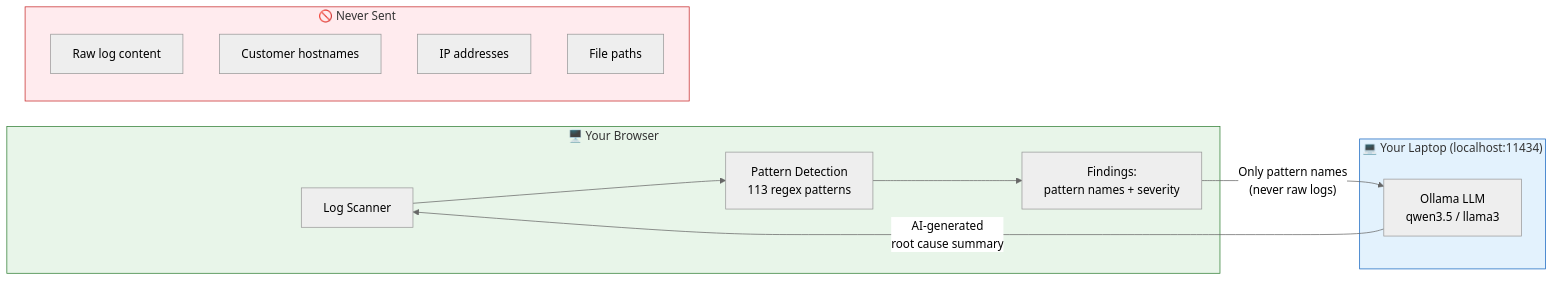
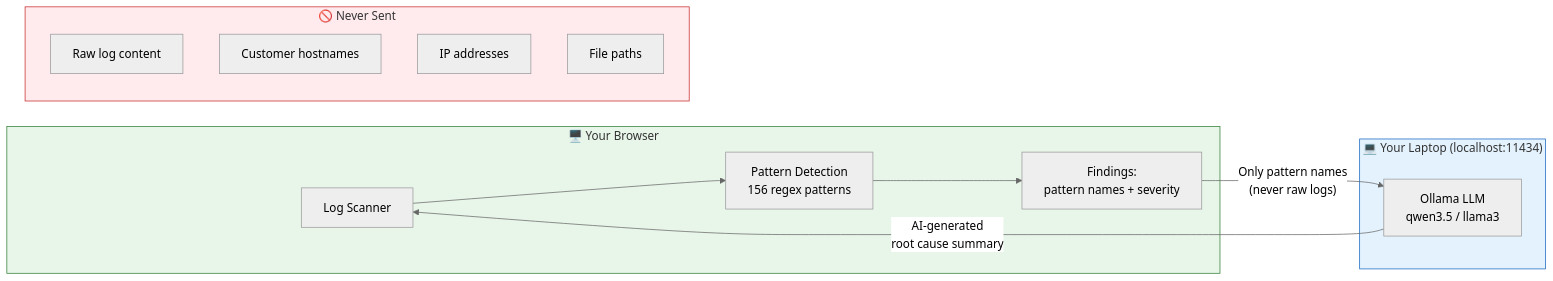
The sixth of 8 diagrams in README.md (yadakrishna245/Log_analysis), drawn with Mermaid (neutral theme) before and after one commit. The commit also changed other lines of this file and 4 other files, not shown here.

````diff
--- a/README.md
+++ b/README.md
@@ -385,25 +412,25 @@
 ```mermaid
 flowchart LR
     subgraph BROWSER["🖥️ Your Browser"]
-        A[Log Scanner] --> B[Pattern Detection<br/>113 regex patterns]
+        A[Log Scanner] --> B[Pattern Detection<br/>156 regex patterns]
         B --> C[Findings:<br/>pattern names + severity]
     end
 
     subgraph LOCAL["💻 Your Laptop (localhost:11434)"]
         D[Ollama LLM<br/>qwen3.5 / llama3]
     end
 
     C -->|"Only pattern names<br/>(never raw logs)"| D
     D -->|"AI-generated<br/>root cause summary"| A
 
     subgraph NEVER["🚫 Never Sent"]
         E[Raw log content]
         F[Customer hostnames]
         G[IP addresses]
         H[File paths]
     end
 
     style BROWSER fill:#e8f5e9,stroke:#2e7d32
     style LOCAL fill:#e3f2fd,stroke:#1565c0
     style NEVER fill:#ffebee,stroke:#c62828
 ```
````
